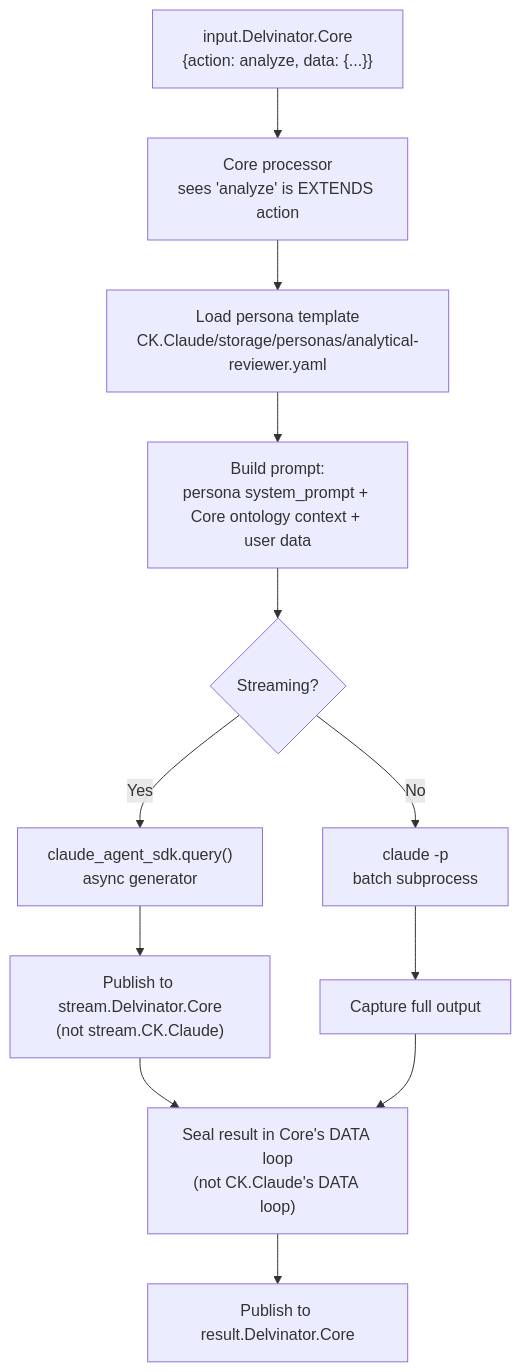
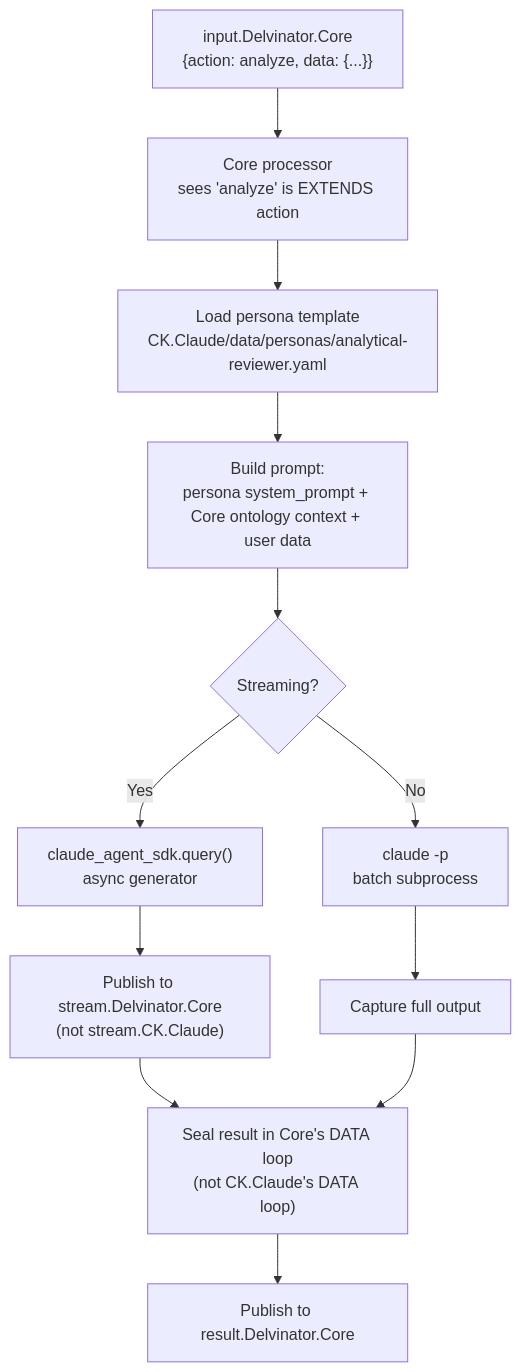
Before and after one commit to ConceptKernel/conceptkernel.github.io: the diagram in docs/v3.6/extends.md, drawn with Mermaid. The commit also changed other lines of this file and 27 other files, not shown here.

First line of the commit message:
docs: rename storage/ → data/ to match DATA-loop terminology

````diff
--- a/docs/v3.6/extends.md
+++ b/docs/v3.6/extends.md
@@ -247,14 +247,14 @@
 ```mermaid
 graph TD
     A["input.Delvinator.Core<br/>{action: analyze, data: {...}}"] --> B["Core processor<br/>sees 'analyze' is EXTENDS action"]
-    B --> C["Load persona template<br/>CK.Claude/storage/personas/analytical-reviewer.yaml"]
+    B --> C["Load persona template<br/>CK.Claude/data/personas/analytical-reviewer.yaml"]
     C --> D["Build prompt:<br/>persona system_prompt + Core ontology context + user data"]
     D --> E{"Streaming?"}
     E -->|Yes| F["claude_agent_sdk.query()<br/>async generator"]
     E -->|No| G["claude -p<br/>batch subprocess"]
     F --> H["Publish to stream.Delvinator.Core<br/>(not stream.CK.Claude)"]
     G --> I["Capture full output"]
     H --> J["Seal result in Core's DATA loop<br/>(not CK.Claude's DATA loop)"]
     I --> J
     J --> K["Publish to result.Delvinator.Core"]
 ```
````
